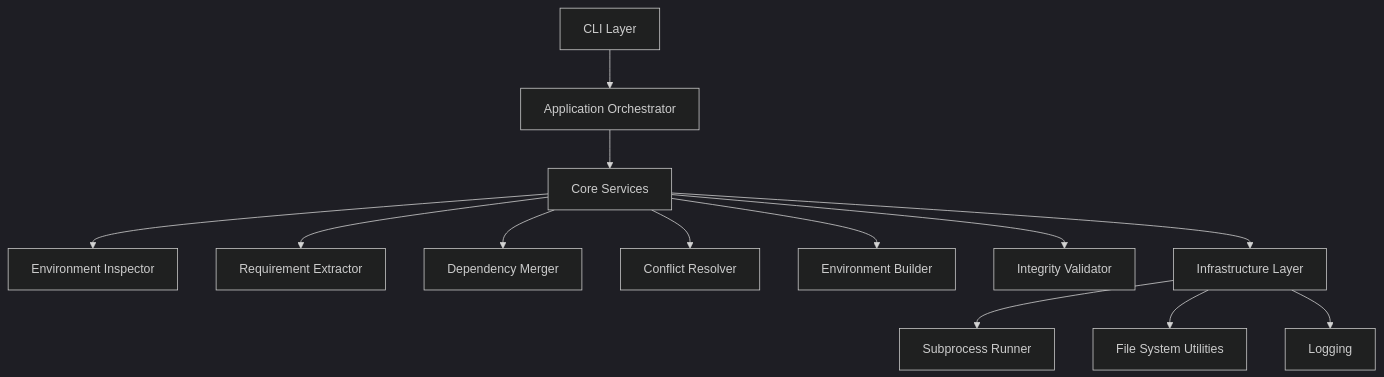
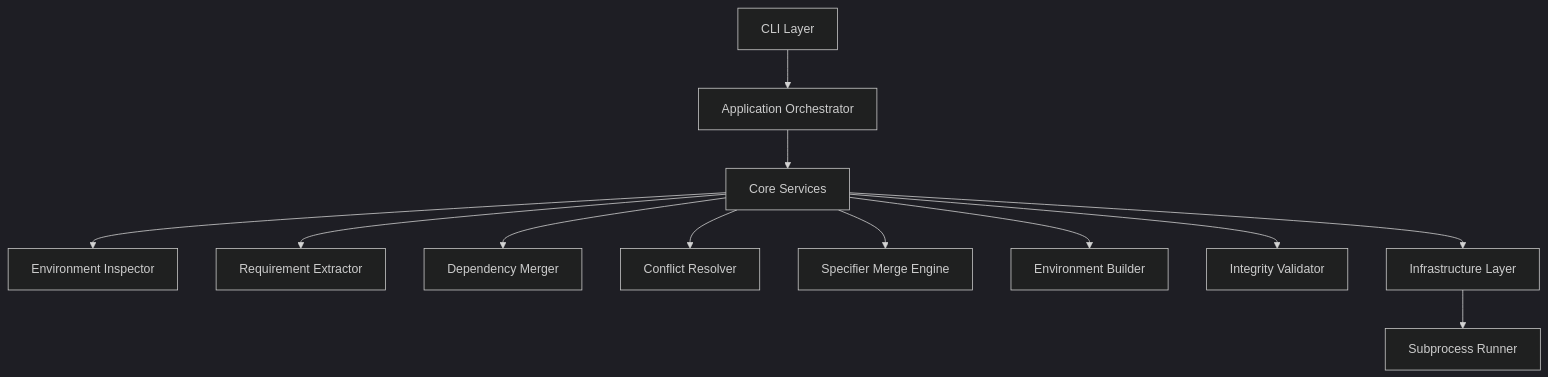
One commit to vishwanathdvgmm/pyvenvmerge changed the first of 2 diagrams in ARCHITECTURE.md. Above: the diagram before and after it, drawn with Mermaid (dark theme). The commit also changed other lines of this file and 8 other files, not shown here.

````diff
--- a/ARCHITECTURE.md
+++ b/ARCHITECTURE.md
@@ -3,19 +3,18 @@
 ```mermaid
 flowchart TD
 CLI[CLI Layer] --> Orchestrator[Application Orchestrator]
 
     Orchestrator --> Core[Core Services]
 
     Core --> EnvInspector[Environment Inspector]
     Core --> ReqExtractor[Requirement Extractor]
     Core --> DepMerger[Dependency Merger]
     Core --> ConflictResolver[Conflict Resolver]
+    Core --> SpecMerge[Specifier Merge Engine]
     Core --> Executor[Environment Builder]
     Core --> IntegrityValidator[Integrity Validator]
 
     Core --> Infra[Infrastructure Layer]
 
     Infra --> SubprocessRunner[Subprocess Runner]
-    Infra --> FileUtils[File System Utilities]
-    Infra --> Logging[Logging]
 ```
````
